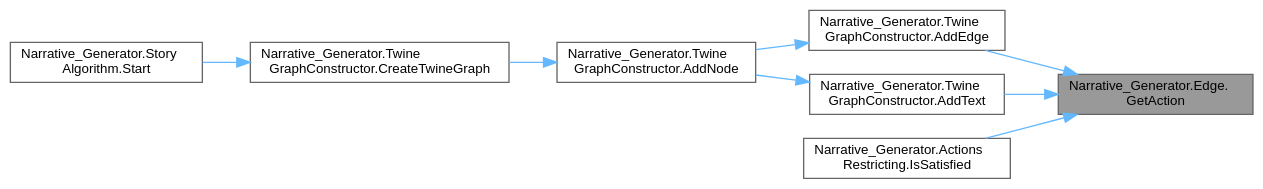
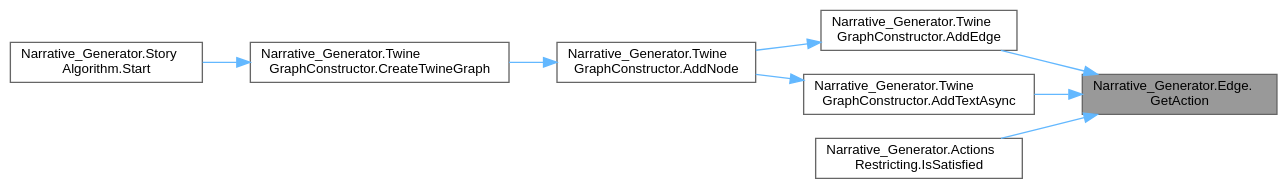
The diagram in Autodocumentation HTML/class_narrative___generator_1_1_edge_af4cf57a1cc22a025d7a9cbb697097c16_icgraph.dot (vonHimik/NarrativeGeneratorForTwine), drawn with Graphviz before and after one commit. The commit also changed 215 other files, not shown here.

```diff
--- a/Autodocumentation HTML/class_narrative___generator_1_1_edge_af4cf57a1cc22a025d7a9cbb697097c16_icgraph.dot
+++ b/Autodocumentation HTML/class_narrative___generator_1_1_edge_af4cf57a1cc22a025d7a9cbb697097c16_icgraph.dot
@@ -1,22 +1,22 @@
 digraph "Narrative_Generator.Edge.GetAction"
 {
  // LATEX_PDF_SIZE
   bgcolor="transparent";
   edge [fontname=Helvetica,fontsize=10,labelfontname=Helvetica,labelfontsize=10];
   node [fontname=Helvetica,fontsize=10,shape=box,height=0.2,width=0.4];
   rankdir="RL";
   Node1 [label="Narrative_Generator.Edge.\lGetAction",height=0.2,width=0.4,color="gray40", fillcolor="grey60", style="filled", fontcolor="black",tooltip="This method returns the action attached to this edge."];
   Node1 -> Node2 [dir="back",color="steelblue1",style="solid"];
   Node2 [label="Narrative_Generator.Twine\lGraphConstructor.AddEdge",height=0.2,width=0.4,color="grey40", fillcolor="white", style="filled",URL="$class_narrative___generator_1_1_twine_graph_constructor.html#a3cc543ef2ad669f20d596ece8a6a51a1",tooltip="A method that creates a representation of an edge in a graph - in Twine it is a connection between no..."];
   Node2 -> Node3 [dir="back",color="steelblue1",style="solid"];
   Node3 [label="Narrative_Generator.Twine\lGraphConstructor.AddNode",height=0.2,width=0.4,color="grey40", fillcolor="white", style="filled",URL="$class_narrative___generator_1_1_twine_graph_constructor.html#a11d69d897952a7af20c3c8bd7831c937",tooltip="A method that creates text for an individual node."];
   Node3 -> Node4 [dir="back",color="steelblue1",style="solid"];
   Node4 [label="Narrative_Generator.Twine\lGraphConstructor.CreateTwineGraph",height=0.2,width=0.4,color="grey40", fillcolor="white", style="filled",URL="$class_narrative___generator_1_1_twine_graph_constructor.html#a791e9c39f029bb3cafd20ad6ceae1b74",tooltip="A method for converting a story graph into an interactive story for Twine."];
   Node4 -> Node5 [dir="back",color="steelblue1",style="solid"];
   Node5 [label="Narrative_Generator.Story\lAlgorithm.Start",height=0.2,width=0.4,color="grey40", fillcolor="white", style="filled",URL="$class_narrative___generator_1_1_story_algorithm.html#a5adcd998433cb838e814c1eb81ea753d",tooltip="Method is an entry point that controls the operation of the algorithm (the sequence of launching othe..."];
   Node1 -> Node6 [dir="back",color="steelblue1",style="solid"];
-  Node6 [label="Narrative_Generator.Twine\lGraphConstructor.AddText",height=0.2,width=0.4,color="grey40", fillcolor="white", style="filled",URL="$class_narrative___generator_1_1_twine_graph_constructor.html#a667523a4748d26fa3a33fe215a641f24",tooltip="Method for creating a description of the reached node."];
+  Node6 [label="Narrative_Generator.Twine\lGraphConstructor.AddTextAsync",height=0.2,width=0.4,color="grey40", fillcolor="white", style="filled",URL="$class_narrative___generator_1_1_twine_graph_constructor.html#ac019df0c7098a0919f5401e0c9490147",tooltip="Method for creating a description of the reached node."];
   Node6 -> Node3 [dir="back",color="steelblue1",style="solid"];
   Node1 -> Node7 [dir="back",color="steelblue1",style="solid"];
   Node7 [label="Narrative_Generator.Actions\lRestricting.IsSatisfied",height=0.2,width=0.4,color="grey40", fillcolor="white", style="filled",URL="$class_narrative___generator_1_1_actions_restricting.html#a3691a868f1d5651f63c812c349b6ef3c",tooltip="A method that checks whether the specified world state satisfies constraints."];
 }
```
